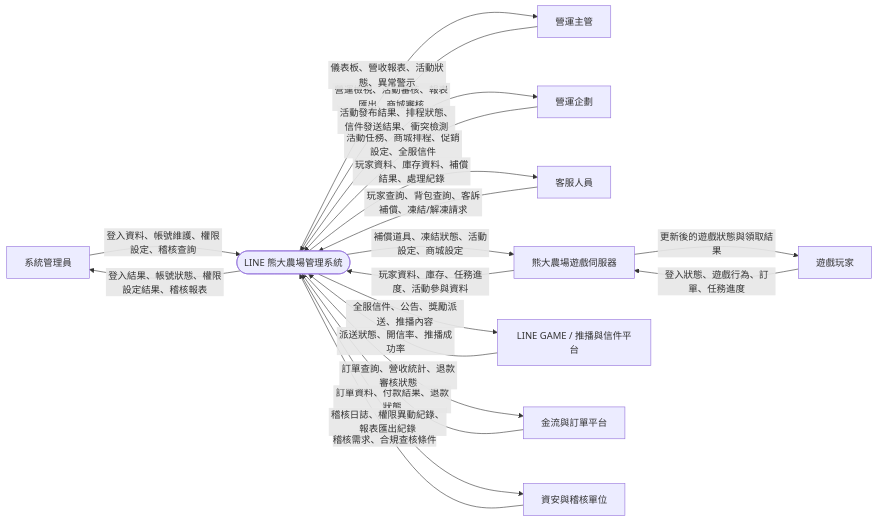
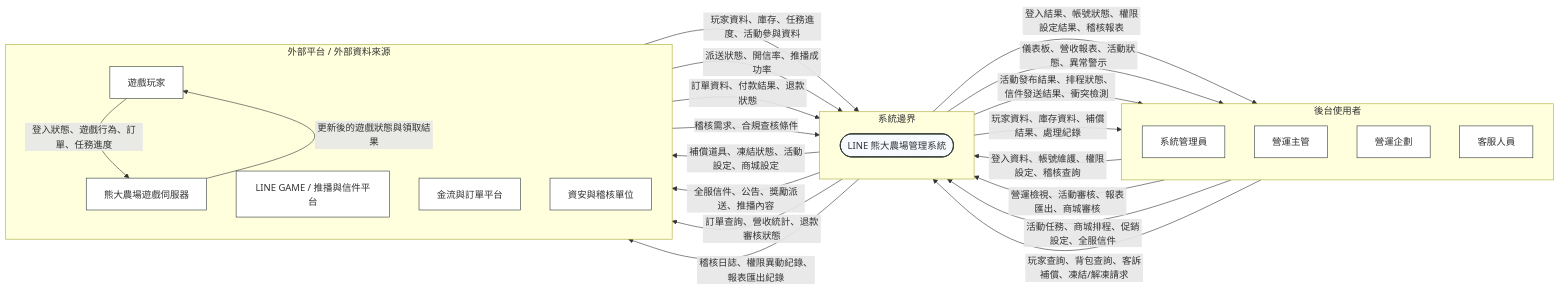
The second of 9 diagrams in docs/dfd-diagrams.md (benson927/LINE_FARM), drawn with Mermaid before and after one commit. The commit also changed other lines of this file, not shown here.

Commit message:
Improve DFD diagram layout

````diff
--- a/docs/dfd-diagrams.md
+++ b/docs/dfd-diagrams.md
@@ -27,40 +28,55 @@
 ```mermaid
 flowchart LR
-  Admin[系統管理員]
-  OpsLead[營運主管]
-  Planner[營運企劃]
-  Support[客服人員]
-  Player[遊戲玩家]
-  GameServer[熊大農場遊戲伺服器]
-  LinePlatform[LINE GAME / 推播與信件平台]
-  Payment[金流與訂單平台]
-  Security[資安與稽核單位]
+  subgraph Users[後台使用者]
+    direction TB
+    Admin[系統管理員]
+    OpsLead[營運主管]
+    Planner[營運企劃]
+    Support[客服人員]
+  end
 
-  System([LINE 熊大農場管理系統])
+  subgraph Core[系統邊界]
+    direction TB
+    System([LINE 熊大農場管理系統])
+  end
+
+  subgraph External[外部平台 / 外部資料來源]
+    direction TB
+    Player[遊戲玩家]
+    GameServer[熊大農場遊戲伺服器]
+    LinePlatform[LINE GAME / 推播與信件平台]
+    Payment[金流與訂單平台]
+    Security[資安與稽核單位]
+  end
 
   Admin -->|登入資料、帳號維護、權限設定、稽核查詢| System
   System -->|登入結果、帳號狀態、權限設定結果、稽核報表| Admin
 
   OpsLead -->|營運檢視、活動審核、報表匯出、商城審核| System
   System -->|儀表板、營收報表、活動狀態、異常警示| OpsLead
 
   Planner -->|活動任務、商城排程、促銷設定、全服信件| System
   System -->|活動發布結果、排程狀態、信件發送結果、衝突檢測| Planner
 
   Support -->|玩家查詢、背包查詢、客訴補償、凍結/解凍請求| System
   System -->|玩家資料、庫存資料、補償結果、處理紀錄| Support
 
   Player -->|登入狀態、遊戲行為、訂單、任務進度| GameServer
   GameServer -->|玩家資料、庫存、任務進度、活動參與資料| System
   System -->|補償道具、凍結狀態、活動設定、商城設定| GameServer
   GameServer -->|更新後的遊戲狀態與領取結果| Player
 
   System -->|全服信件、公告、獎勵派送、推播內容| LinePlatform
   LinePlatform -->|派送狀態、開信率、推播成功率| System
 
   Payment -->|訂單資料、付款結果、退款狀態| System
   System -->|訂單查詢、營收統計、退款審核狀態| Payment
 
   System -->|稽核日誌、權限異動紀錄、報表匯出紀錄| Security
   Security -->|稽核需求、合規查核條件| System
+
+  classDef entity fill:#ffffff,stroke:#2f3a35,stroke-width:1px;
+  classDef process fill:#f7fbff,stroke:#2f3a35,stroke-width:1.5px;
+  class Admin,OpsLead,Planner,Support,Player,GameServer,LinePlatform,Payment,Security entity;
+  class System process;
 ```
````
